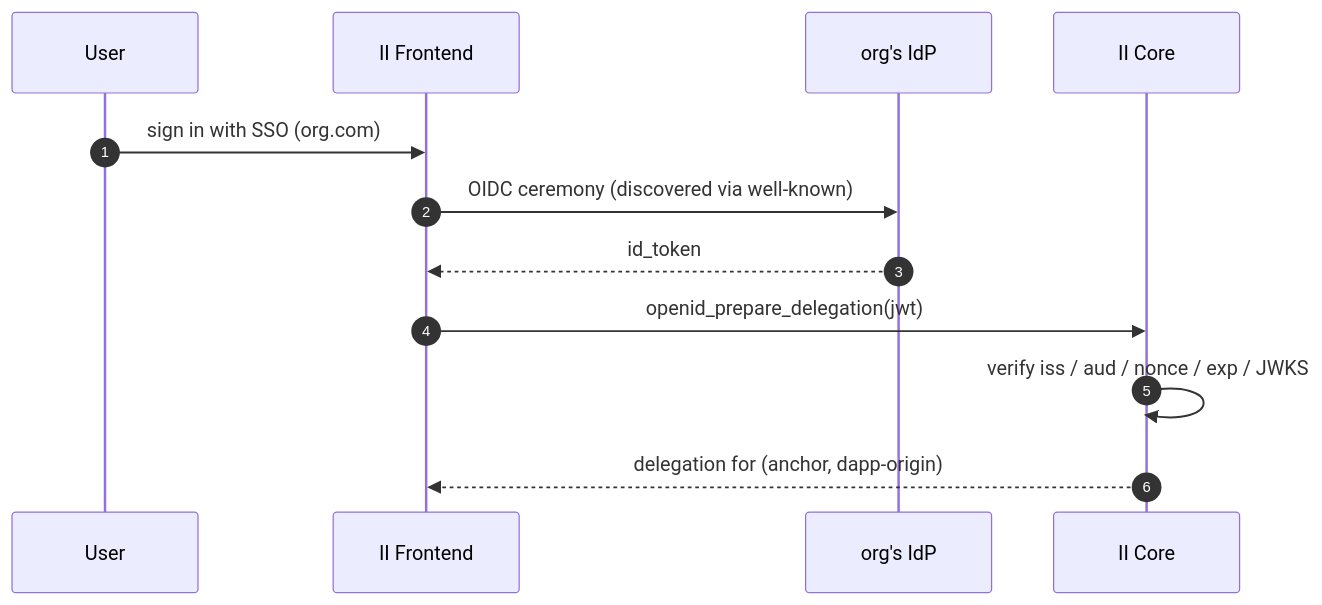
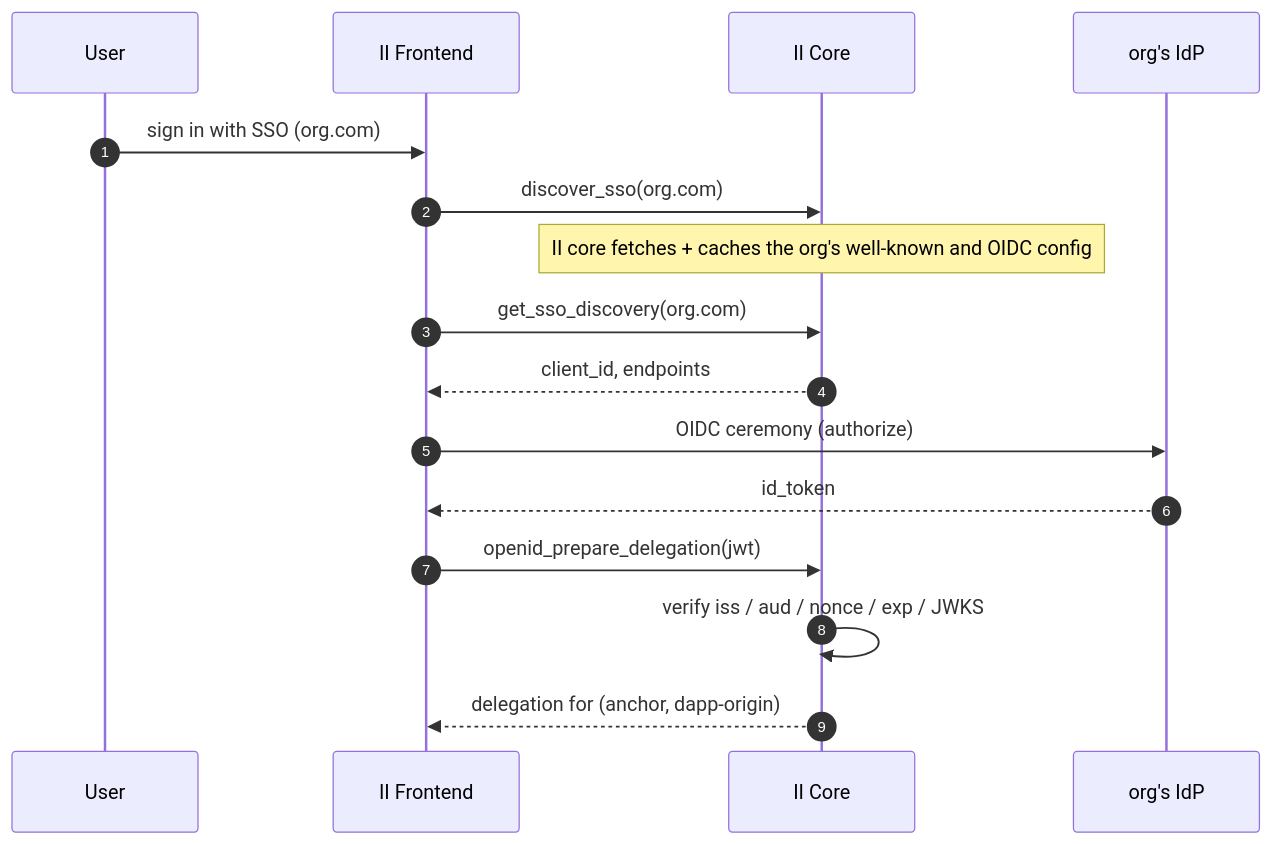
The first of 5 diagrams in docs/ongoing/enterprise-sso-per-app-access-control.md (dfinity/internet-identity), drawn with Mermaid before and after one commit. The commit also changed other lines of this file and 1 other file, not shown here.

Commit message:
docs: correct discovery flow — II core owns the well-known, not the FE
The frontend never reads the org's web root. II core fetches and caches
the well-known via the existing discover_sso update (HTTP outcall); the
frontend reads the resolved config with the get_sso_discovery query. Fix
the IdP-side-gating §4 flow (per-app client_id now resolved by the BE and
read via get_sso_discovery, extended to be origin-aware) and the id.ai-
side background flow to show discover_sso / get_sso_discovery.

````diff
--- a/docs/ongoing/enterprise-sso-per-app-access-control.md
+++ b/docs/ongoing/enterprise-sso-per-app-access-control.md
@@ -37,14 +37,18 @@
 ```mermaid
 sequenceDiagram
     autonumber
     participant U as User
     participant FE as II Frontend
+    participant II as II Core
     participant IdP as org's IdP
-    participant II as II Core
     U->>FE: sign in with SSO (org.com)
-    FE->>IdP: OIDC ceremony (discovered via well-known)
+    FE->>II: discover_sso(org.com)
+    Note over II: II core fetches + caches the org's well-known and OIDC config
+    FE->>II: get_sso_discovery(org.com)
+    II-->>FE: client_id, endpoints
+    FE->>IdP: OIDC ceremony (authorize)
     IdP-->>FE: id_token
     FE->>II: openid_prepare_delegation(jwt)
     II->>II: verify iss / aud / nonce / exp / JWKS
     II-->>FE: delegation for (anchor, dapp-origin)
 ```
````
